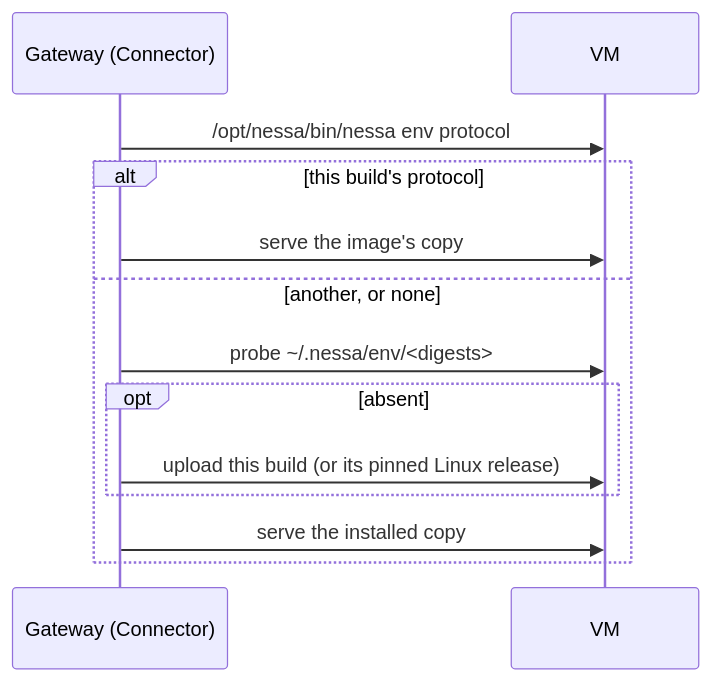
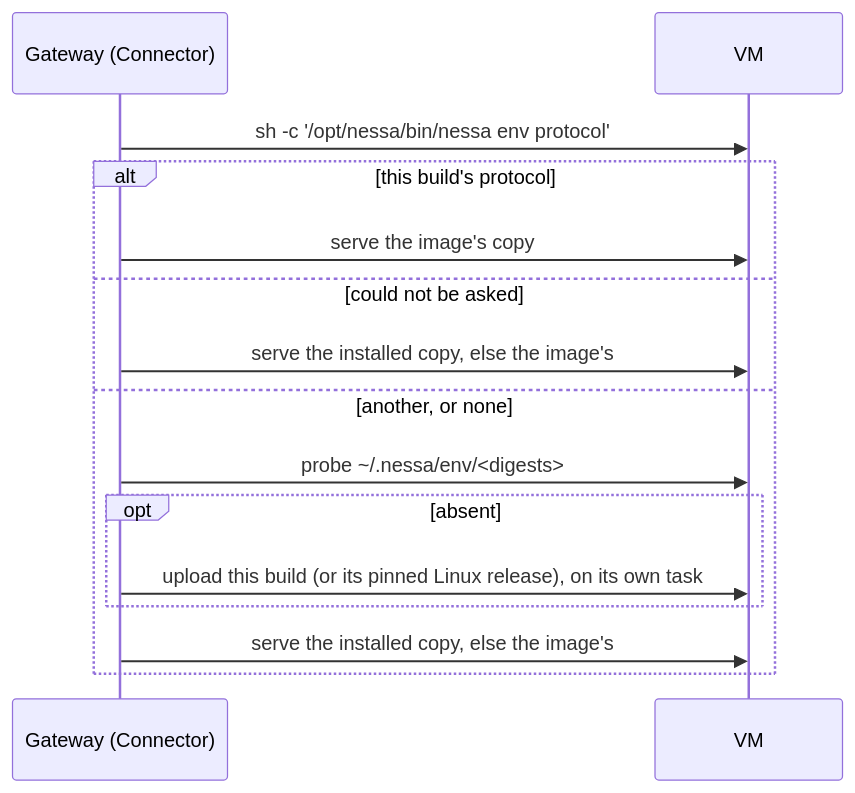
One commit to nessalabs/nessa-agent changed the second of 2 diagrams in docs/adr/todo/1160-boat-workspaces.md. Above: the diagram before and after it, drawn with Mermaid. The commit also changed other lines of this file and 3 other files, not shown here.

````diff
--- a/docs/adr/todo/1160-boat-workspaces.md
+++ b/docs/adr/todo/1160-boat-workspaces.md
@@ -306,15 +314,17 @@
 ```mermaid
 sequenceDiagram
     participant G as Gateway (Connector)
     participant V as VM
-    G->>V: /opt/nessa/bin/nessa env protocol
+    G->>V: sh -c '/opt/nessa/bin/nessa env protocol'
     alt this build's protocol
         G->>V: serve the image's copy
+    else could not be asked
+        G->>V: serve the installed copy, else the image's
     else another, or none
         G->>V: probe ~/.nessa/env/<digests>
         opt absent
-            G->>V: upload this build (or its pinned Linux release)
+            G->>V: upload this build (or its pinned Linux release), on its own task
         end
-        G->>V: serve the installed copy
+        G->>V: serve the installed copy, else the image's
     end
 ```
````
